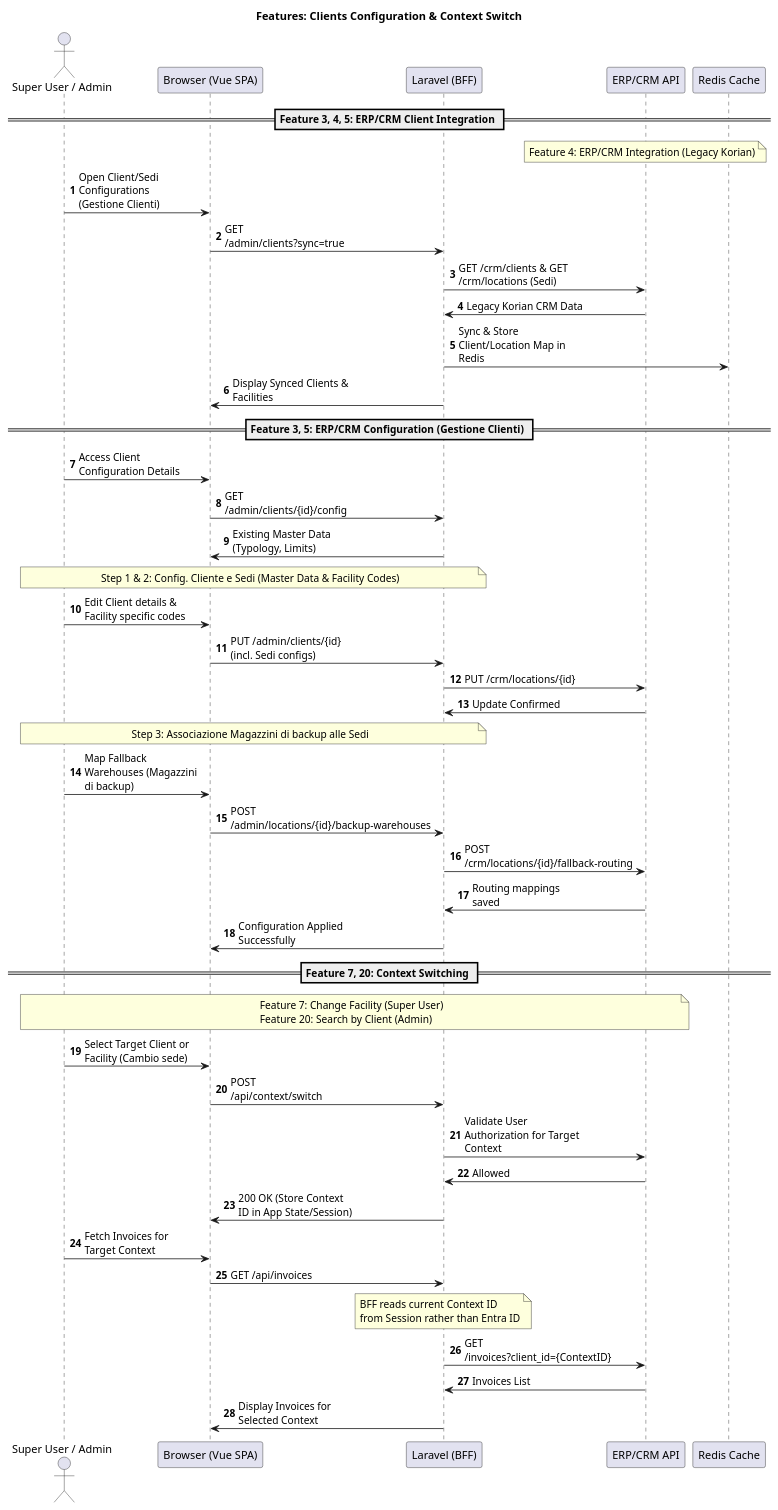
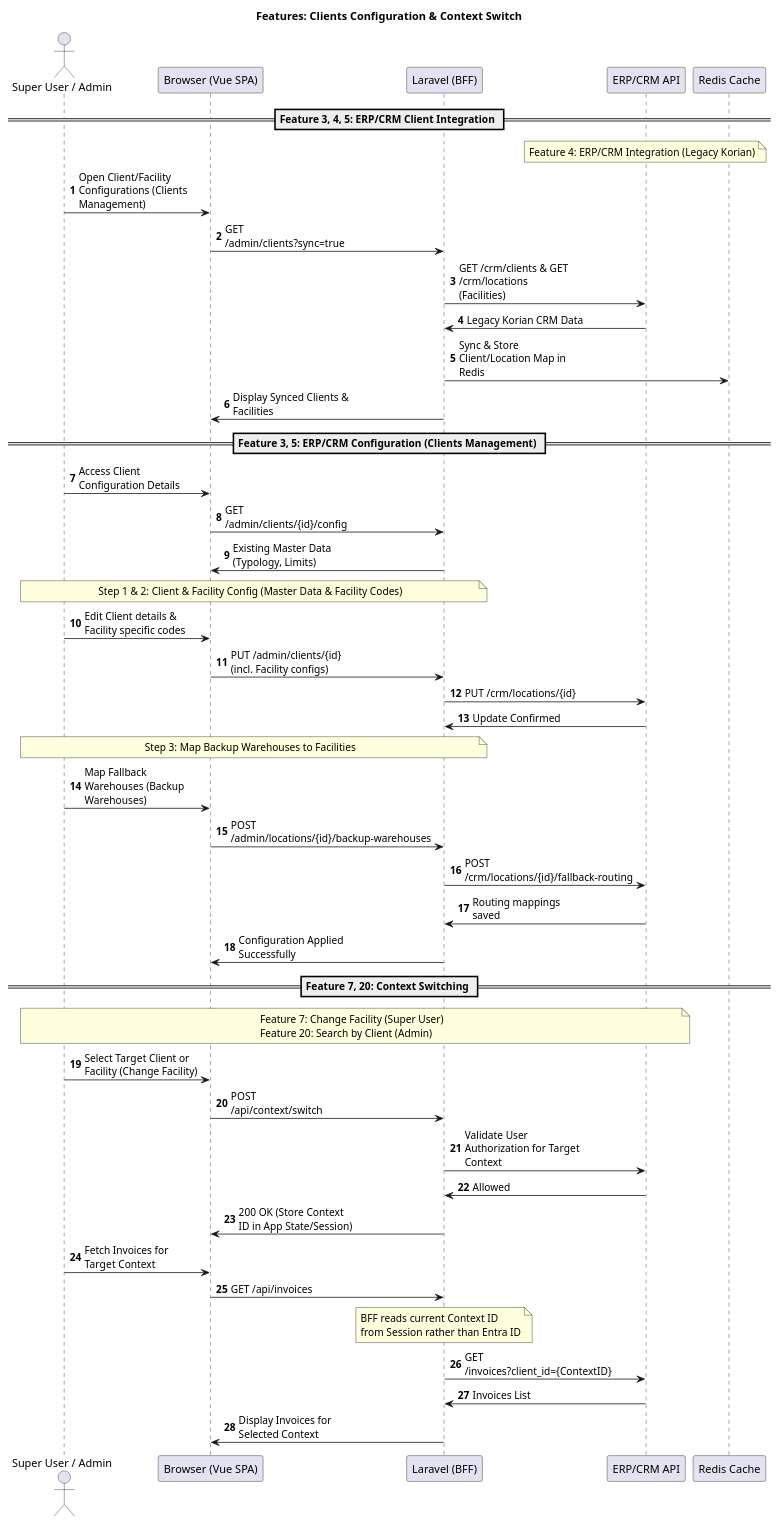
Before and after one commit to gant85/ospedaliero-design: the diagram in docs/diagrams/sequence-feat-context-clients.puml, drawn with PlantUML. The commit also changed 14 other files, not shown here.

```diff
--- a/docs/diagrams/sequence-feat-context-clients.puml
+++ b/docs/diagrams/sequence-feat-context-clients.puml
@@ -1,59 +1,59 @@
 @startuml
 title Features: Clients Configuration & Context Switch
 skinparam maxMessageSize 150
 autonumber
 
 actor "Super User / Admin" as User
 participant "Browser (Vue SPA)" as Browser
 participant "Laravel (BFF)" as BFF
 participant "ERP/CRM API" as ERP
 participant "Redis Cache" as Cache
 
 == Feature 3, 4, 5: ERP/CRM Client Integration ==
 
 note over ERP: Feature 4: ERP/CRM Integration (Legacy Korian)
 
-User -> Browser: Open Client/Sedi Configurations (Gestione Clienti)
+User -> Browser: Open Client/Facility Configurations (Clients Management)
 Browser -> BFF: GET /admin/clients?sync=true
-BFF -> ERP: GET /crm/clients & GET /crm/locations (Sedi)
+BFF -> ERP: GET /crm/clients & GET /crm/locations (Facilities)
 ERP -> BFF: Legacy Korian CRM Data
 BFF -> Cache: Sync & Store Client/Location Map in Redis
 BFF -> Browser: Display Synced Clients & Facilities
 
-== Feature 3, 5: ERP/CRM Configuration (Gestione Clienti) ==
+== Feature 3, 5: ERP/CRM Configuration (Clients Management) ==
 
 User -> Browser: Access Client Configuration Details
 Browser -> BFF: GET /admin/clients/{id}/config
 BFF -> Browser: Existing Master Data (Typology, Limits)
 
-note over User, BFF: Step 1 & 2: Config. Cliente e Sedi (Master Data & Facility Codes)
+note over User, BFF: Step 1 & 2: Client & Facility Config (Master Data & Facility Codes)
 User -> Browser: Edit Client details & Facility specific codes
-Browser -> BFF: PUT /admin/clients/{id} (incl. Sedi configs)
+Browser -> BFF: PUT /admin/clients/{id} (incl. Facility configs)
 BFF -> ERP: PUT /crm/locations/{id}
 ERP -> BFF: Update Confirmed
 
-note over User, BFF: Step 3: Associazione Magazzini di backup alle Sedi
-User -> Browser: Map Fallback Warehouses (Magazzini di backup)
+note over User, BFF: Step 3: Map Backup Warehouses to Facilities
+User -> Browser: Map Fallback Warehouses (Backup Warehouses)
 Browser -> BFF: POST /admin/locations/{id}/backup-warehouses
 BFF -> ERP: POST /crm/locations/{id}/fallback-routing
 ERP -> BFF: Routing mappings saved
 BFF -> Browser: Configuration Applied Successfully
 
 == Feature 7, 20: Context Switching ==
 
 note over User, ERP: Feature 7: Change Facility (Super User)\nFeature 20: Search by Client (Admin)
 
-User -> Browser: Select Target Client or Facility (Cambio sede)
+User -> Browser: Select Target Client or Facility (Change Facility)
 Browser -> BFF: POST /api/context/switch
 BFF -> ERP: Validate User Authorization for Target Context
 ERP -> BFF: Allowed
 BFF -> Browser: 200 OK (Store Context ID in App State/Session)
 
 User -> Browser: Fetch Invoices for Target Context
 Browser -> BFF: GET /api/invoices
 note over BFF: BFF reads current Context ID\nfrom Session rather than Entra ID
 BFF -> ERP: GET /invoices?client_id={ContextID}
 ERP -> BFF: Invoices List
 BFF -> Browser: Display Invoices for Selected Context
 
 @enduml
```
